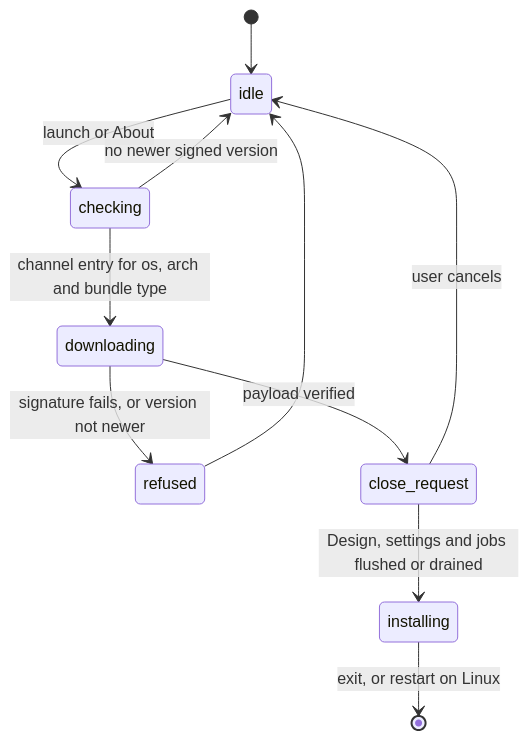
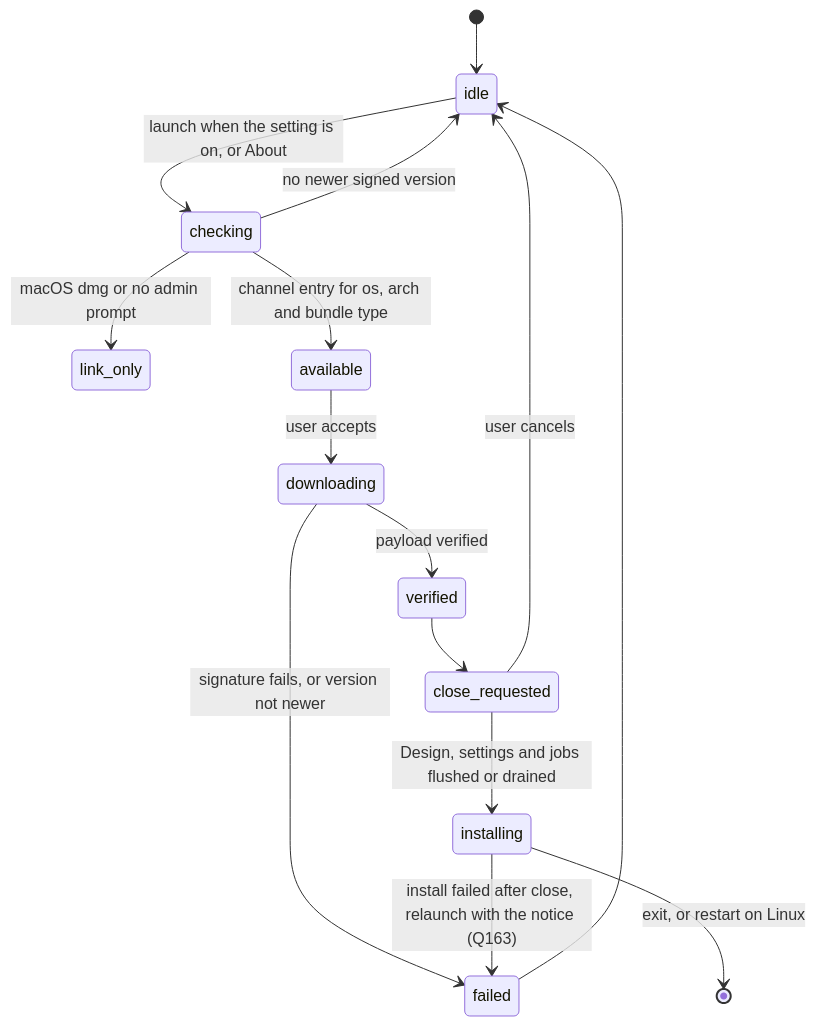
Before and after one commit to opencanopi/canopi: the seventh of 14 diagrams in docs/architecture/states.md, drawn with Mermaid. The commit also changed other lines of this file and 33 other files, not shown here.

Commit message:
docs: apply the architecture review's findings to ADRs, plan, contracts, ledger and model

````diff
--- a/docs/architecture/states.md
+++ b/docs/architecture/states.md
@@ -154,13 +157,17 @@
 ```mermaid
 stateDiagram-v2
   [*] --> idle
-  idle --> checking: launch or About
+  idle --> checking: launch when the setting is on, or About
   checking --> idle: no newer signed version
-  checking --> downloading: channel entry for os, arch and bundle type
-  downloading --> refused: signature fails, or version not newer
-  refused --> idle
-  downloading --> close_request: payload verified
-  close_request --> idle: user cancels
-  close_request --> installing: Design, settings and jobs flushed or drained
+  checking --> link_only: macOS dmg or no admin prompt
+  checking --> available: channel entry for os, arch and bundle type
+  available --> downloading: user accepts
+  downloading --> failed: signature fails, or version not newer
+  failed --> idle
+  downloading --> verified: payload verified
+  verified --> close_requested
+  close_requested --> idle: user cancels
+  close_requested --> installing: Design, settings and jobs flushed or drained
+  installing --> failed: install failed after close, relaunch with the notice (Q163)
   installing --> [*]: exit, or restart on Linux
 ```
````
